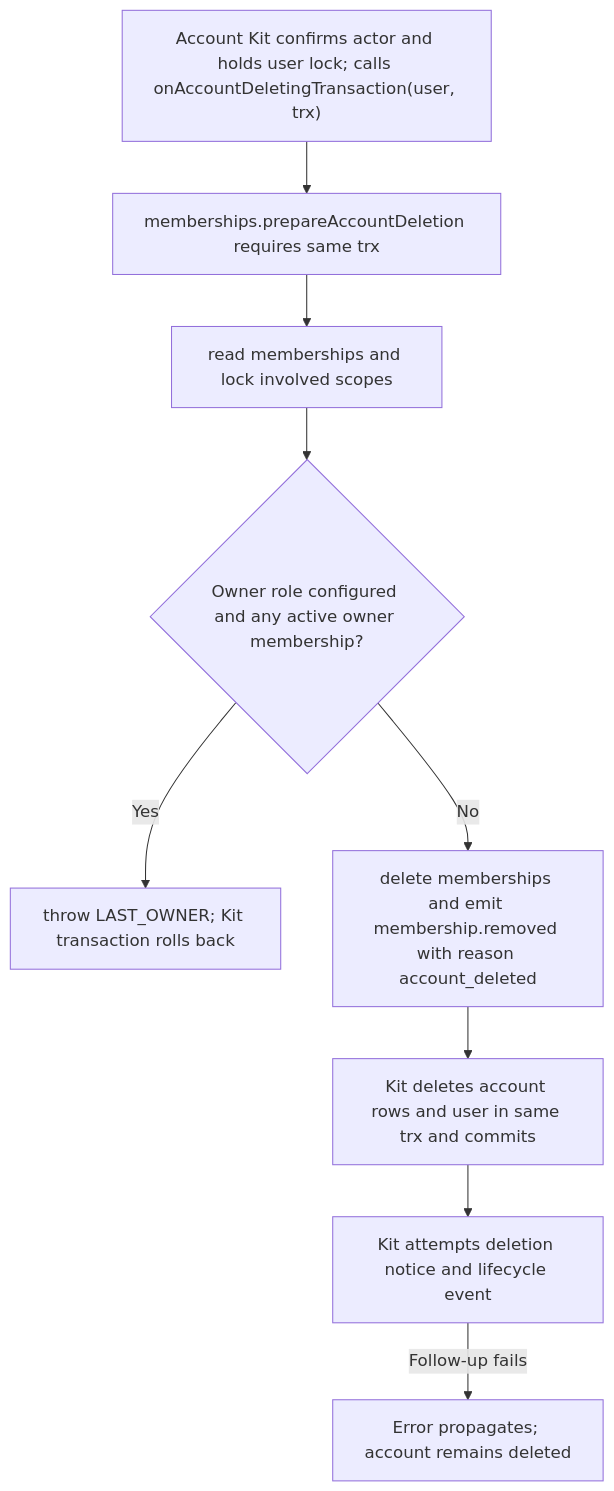
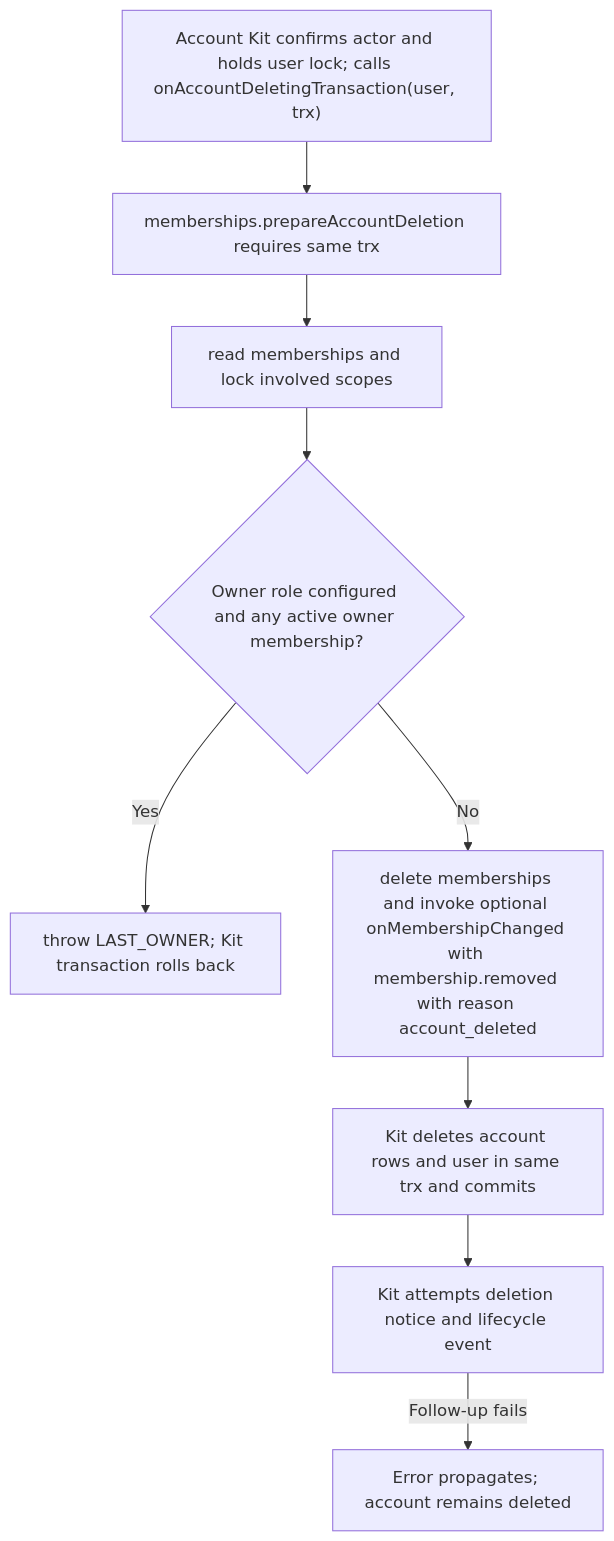
One commit to Kevinjohn/oss-adonisjs-access-control changed the second of 2 diagrams in user-stories/US-ACCESS-20-protect-account-deletion.md. Above: the diagram before and after it, drawn with Mermaid. The commit also changed other lines of this file and 22 other files, not shown here.

````diff
--- a/user-stories/US-ACCESS-20-protect-account-deletion.md
+++ b/user-stories/US-ACCESS-20-protect-account-deletion.md
@@ -31,11 +31,11 @@
 ```mermaid
 flowchart TD
     A["Account Kit confirms actor and holds user lock; calls onAccountDeletingTransaction(user, trx)"] --> B["memberships.prepareAccountDeletion requires same trx"]
     B --> C["read memberships and lock involved scopes"]
     C --> D{"Owner role configured and any active owner membership?"}
     D -->|Yes| E["throw LAST_OWNER; Kit transaction rolls back"]
-    D -->|No| F["delete memberships and emit membership.removed with reason account_deleted"]
+    D -->|No| F["delete memberships and invoke optional onMembershipChanged with membership.removed with reason account_deleted"]
     F --> G["Kit deletes account rows and user in same trx and commits"]
     G --> H["Kit attempts deletion notice and lifecycle event"]
     H -->|Follow-up fails| I["Error propagates; account remains deleted"]
 ```
````
